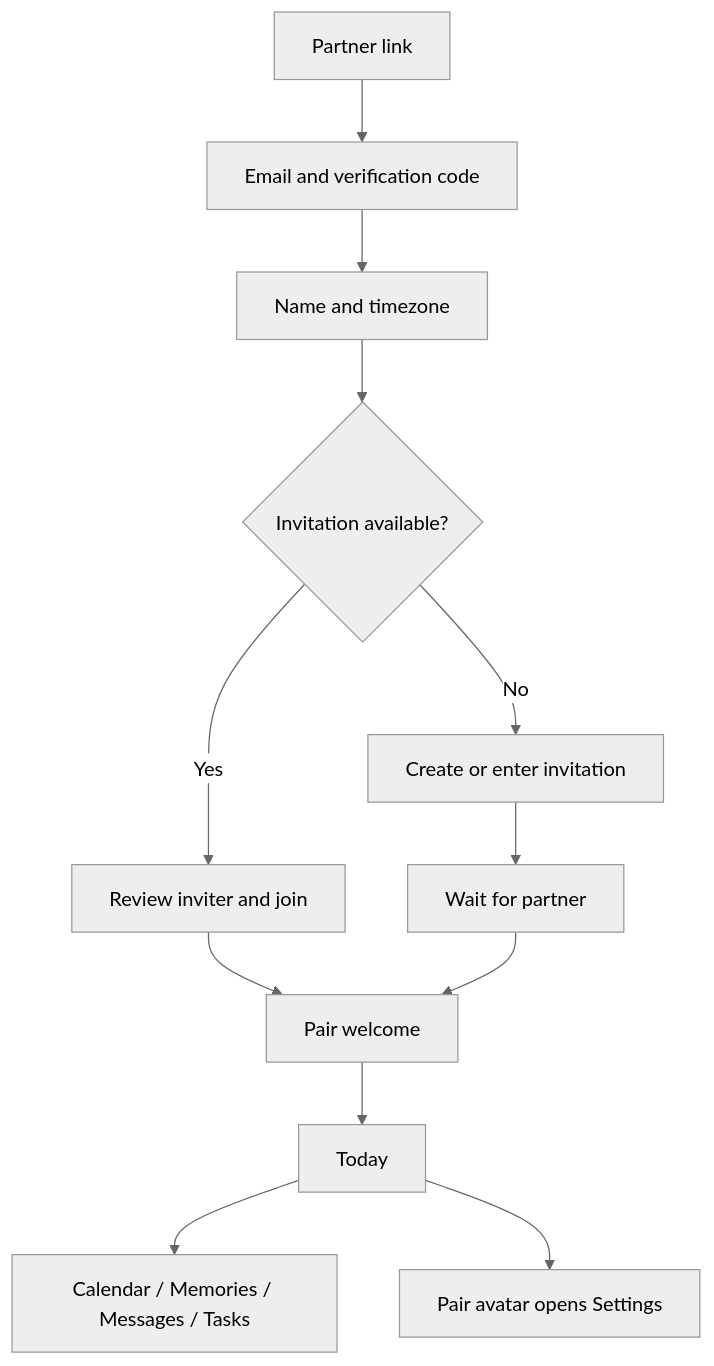
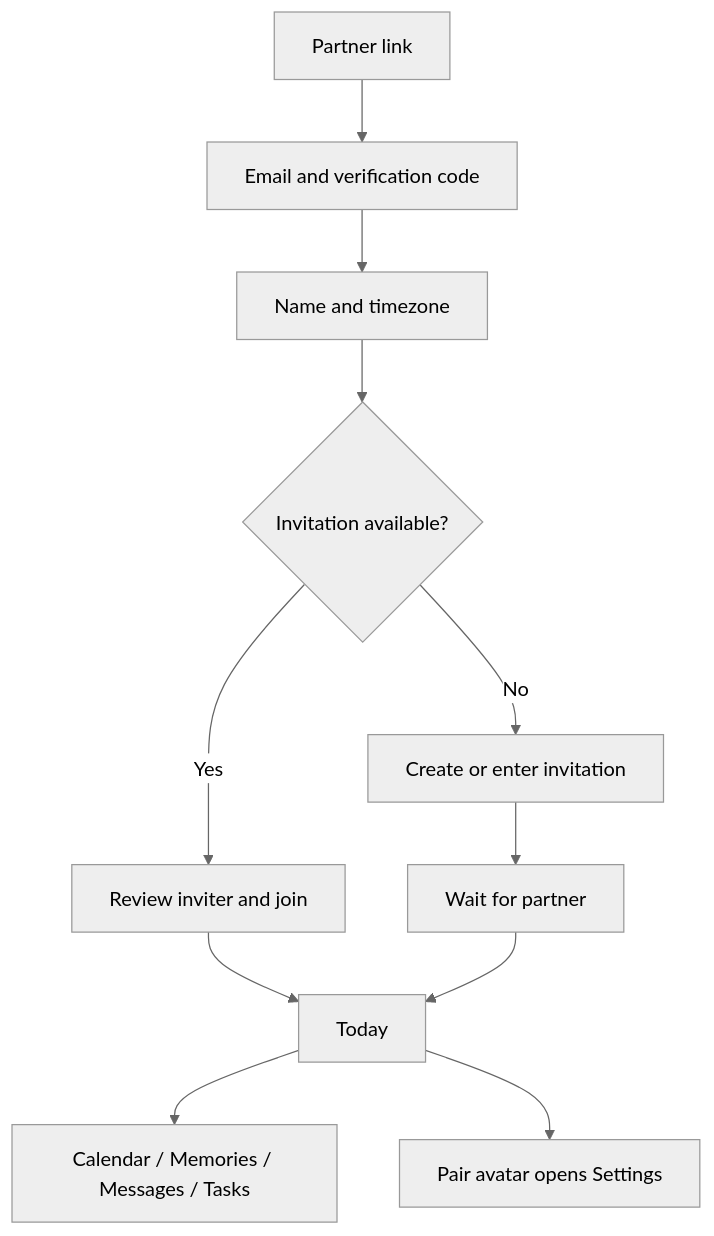
One commit to corashina/deseo changed the diagram in docs/README.md. Above: the diagram before and after it, drawn with Mermaid (neutral theme). The commit also changed other lines of this file and 29 other files, not shown here.

````diff
--- a/docs/README.md
+++ b/docs/README.md
@@ -38,14 +39,13 @@
 ```mermaid
 flowchart TD
   Link[Partner link] --> Auth[Email and verification code]
   Auth --> Profile[Name and timezone]
   Profile --> Choice{Invitation available?}
   Choice -->|Yes| Confirm[Review inviter and join]
   Choice -->|No| Invite[Create or enter invitation]
   Invite --> Waiting[Wait for partner]
-  Confirm --> Welcome[Pair welcome]
-  Waiting --> Welcome
-  Welcome --> Today[Today]
+  Confirm --> Today[Today]
+  Waiting --> Today
   Today --> Sections[Calendar / Memories / Messages / Tasks]
   Today --> Settings[Pair avatar opens Settings]
 ```
````
